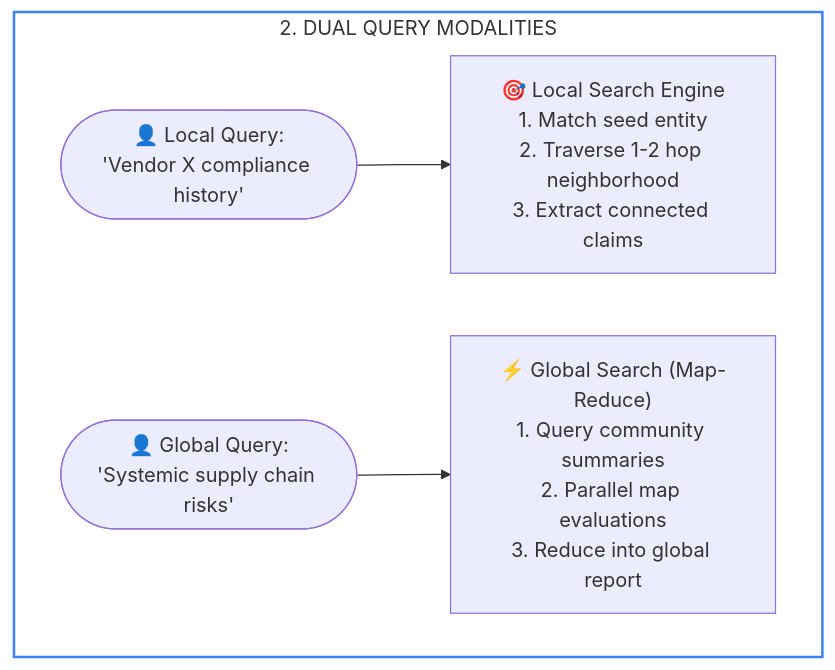
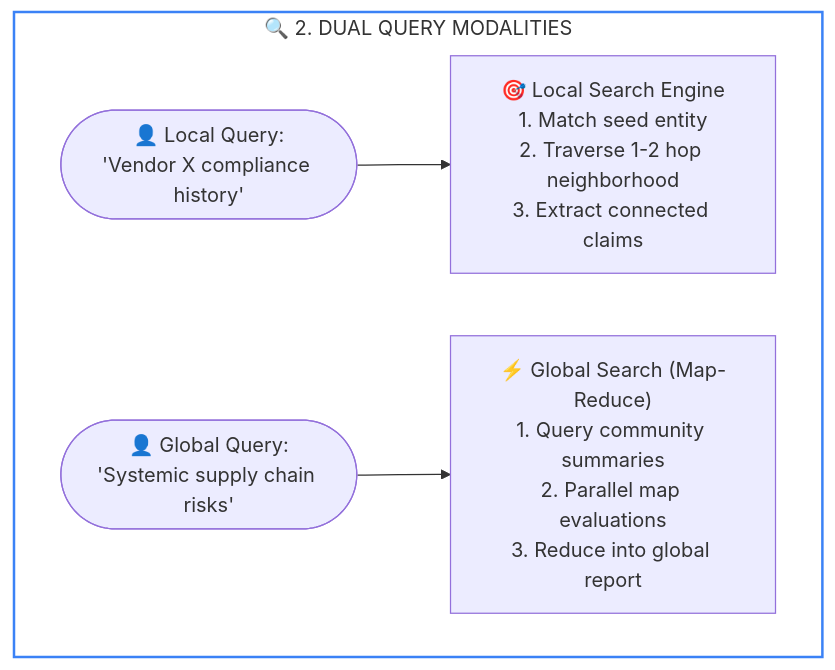
One commit to dip4k/senior-engineer-to-ai-engineer-roadmap changed the third of 4 diagrams in 02-rag-and-knowledge-systems/06-graphrag-and-entity-traversal.md. Above: the diagram before and after it, drawn with Mermaid. The commit also changed other lines of this file and 94 other files, not shown here.

Commit message:
refactor(curriculum): complete Phase 04 upgrade and enforce diagram renderer invariants

````diff
--- a/02-rag-and-knowledge-systems/06-graphrag-and-entity-traversal.md
+++ b/02-rag-and-knowledge-systems/06-graphrag-and-entity-traversal.md
@@ -98,9 +100,9 @@
 ```mermaid
 flowchart TD
-    subgraph QueryModes["2. DUAL QUERY MODALITIES"]
+    subgraph QueryModes["🔍 2. DUAL QUERY MODALITIES"]
         Q_Local(["👤 Local Query:<br>'Vendor X compliance history'"]) --> LocalSearch["🎯 Local Search Engine<br>1. Match seed entity<br>2. Traverse 1-2 hop neighborhood<br>3. Extract connected claims"]
         
         Q_Global(["👤 Global Query:<br>'Systemic supply chain risks'"]) --> GlobalSearch["⚡ Global Search (Map-Reduce)<br>1. Query community summaries<br>2. Parallel map evaluations<br>3. Reduce into global report"]
     end
     style QueryModes fill:none,stroke:#3b82f6,stroke-width:2px;
 ```
````
